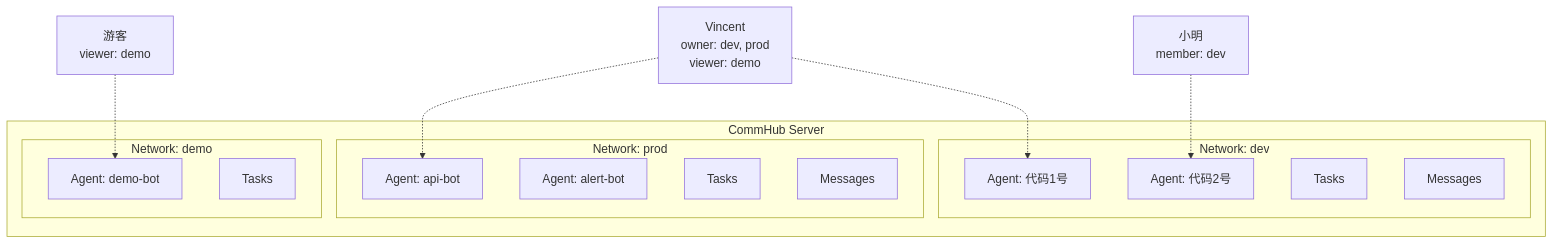
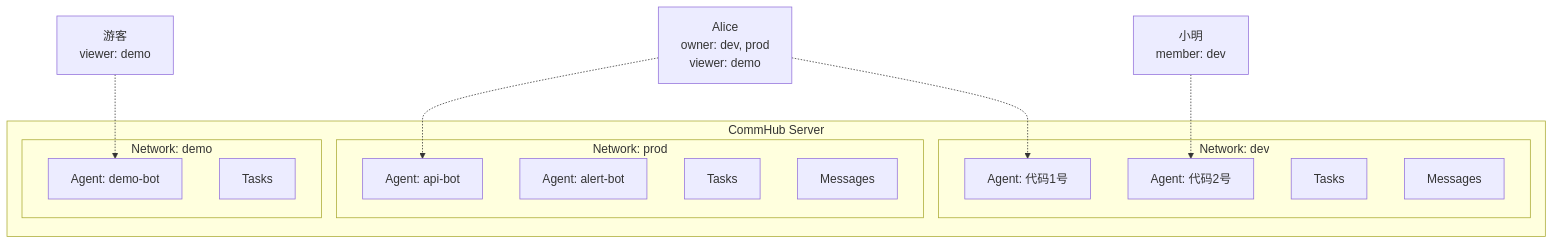
Before and after one commit to sleep2agi/agent-network: the diagram in docs-site/docs/concepts/networks.md, drawn with Mermaid.

Commit message:
docs(round-93): docs-site/docs/concepts/networks.md L37 mermaid U1[Vincent] → U1[Alice] — R85 commit log 显示只 3 files changed 但应 4 (ZH+EN api/rest + ZH+EN networks)，ZH networks.md 当时漏了。本轮补上跟 EN U1[Bob] 同款 PII placeholder（ZH 没 'Alice' U2 冲突）

````diff
--- a/docs-site/docs/concepts/networks.md
+++ b/docs-site/docs/concepts/networks.md
@@ -14,32 +14,32 @@
 ```mermaid
 graph TB
     subgraph "CommHub Server"
         subgraph "Network: dev"
             DA1[Agent: 代码1号]
             DA2[Agent: 代码2号]
             DT[Tasks]
             DM[Messages]
         end
 
         subgraph "Network: prod"
             PA1[Agent: api-bot]
             PA2[Agent: alert-bot]
             PT[Tasks]
             PM[Messages]
         end
 
         subgraph "Network: demo"
             XA1[Agent: demo-bot]
             XT[Tasks]
         end
     end
 
-    U1[Vincent<br/>owner: dev, prod<br/>viewer: demo]
+    U1[Alice<br/>owner: dev, prod<br/>viewer: demo]
     U2[小明<br/>member: dev]
     U3[游客<br/>viewer: demo]
 
     U1 -.-> DA1
     U1 -.-> PA1
     U2 -.-> DA2
     U3 -.-> XA1
 ```
````
